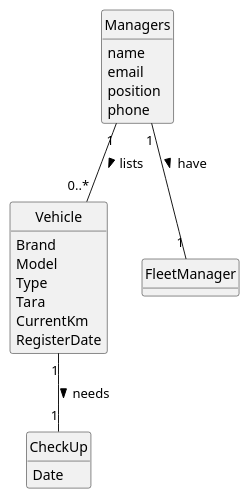
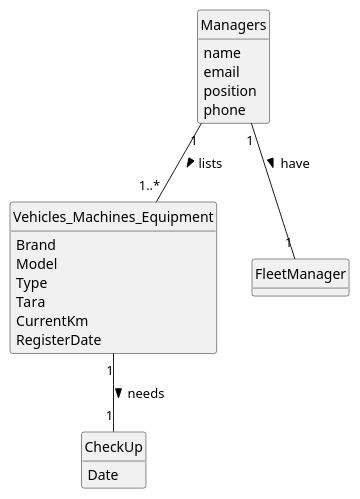
Before and after one commit to Departamento-de-Engenharia-Informatica/lei-24-s2-1df-1de-g063: the diagram in docs/sprintA/us008/02.analysis/puml/us008-domain-model.puml, drawn with PlantUML. The commit also changed 1 other file, not shown here.

```diff
--- a/docs/sprintA/us008/02.analysis/puml/us008-domain-model.puml
+++ b/docs/sprintA/us008/02.analysis/puml/us008-domain-model.puml
@@ -1,41 +1,41 @@
 @startuml
 skinparam monochrome true
 skinparam packageStyle rectangle
 skinparam shadowing false
 skinparam monochrome true
 skinparam packageStyle rectangle
 skinparam shadowing false
 'skinparam linetype ortho
 'left to right direction
 skinparam classAttributeIconSize 0
 hide circle
 hide methods
 
 
-class Vehicle{
+class Vehicles_Machines_Equipment{
  Brand
   Model
   Type
   Tara
   CurrentKm
   RegisterDate
 }
 
 class FleetManager {
 }
 
 class CheckUp {
   Date
 }
 
 class Managers {
     name
     email
     position
     phone
 }
 
 Managers "1" -- "1" FleetManager : have >
-Vehicle "1" -- "1" CheckUp : needs >
-Managers "1" -- "0..*" Vehicle : lists >
+Vehicles_Machines_Equipment "1" -- "1" CheckUp : needs >
+Managers "1" -- "1..*" Vehicles_Machines_Equipment : lists >
 @enduml
```
